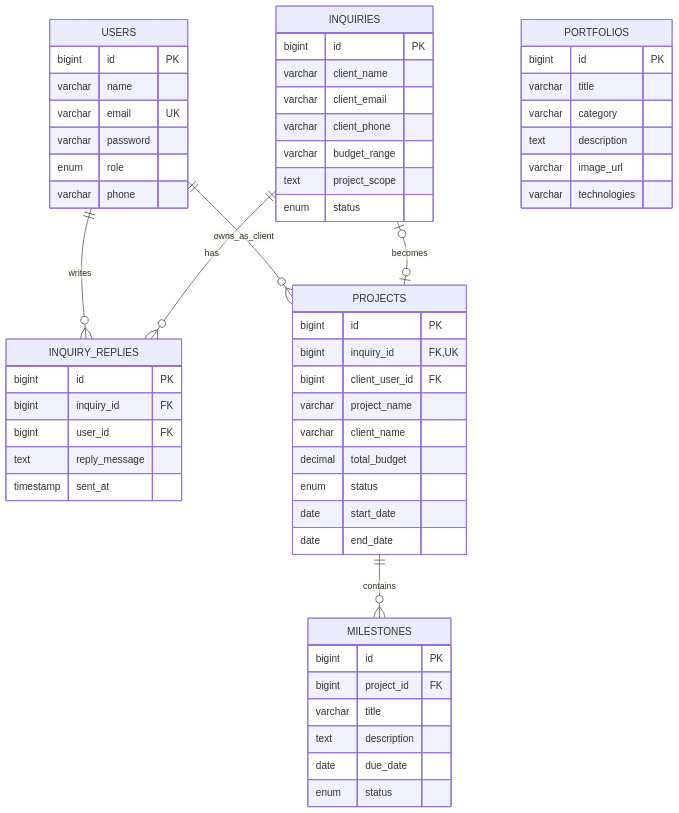
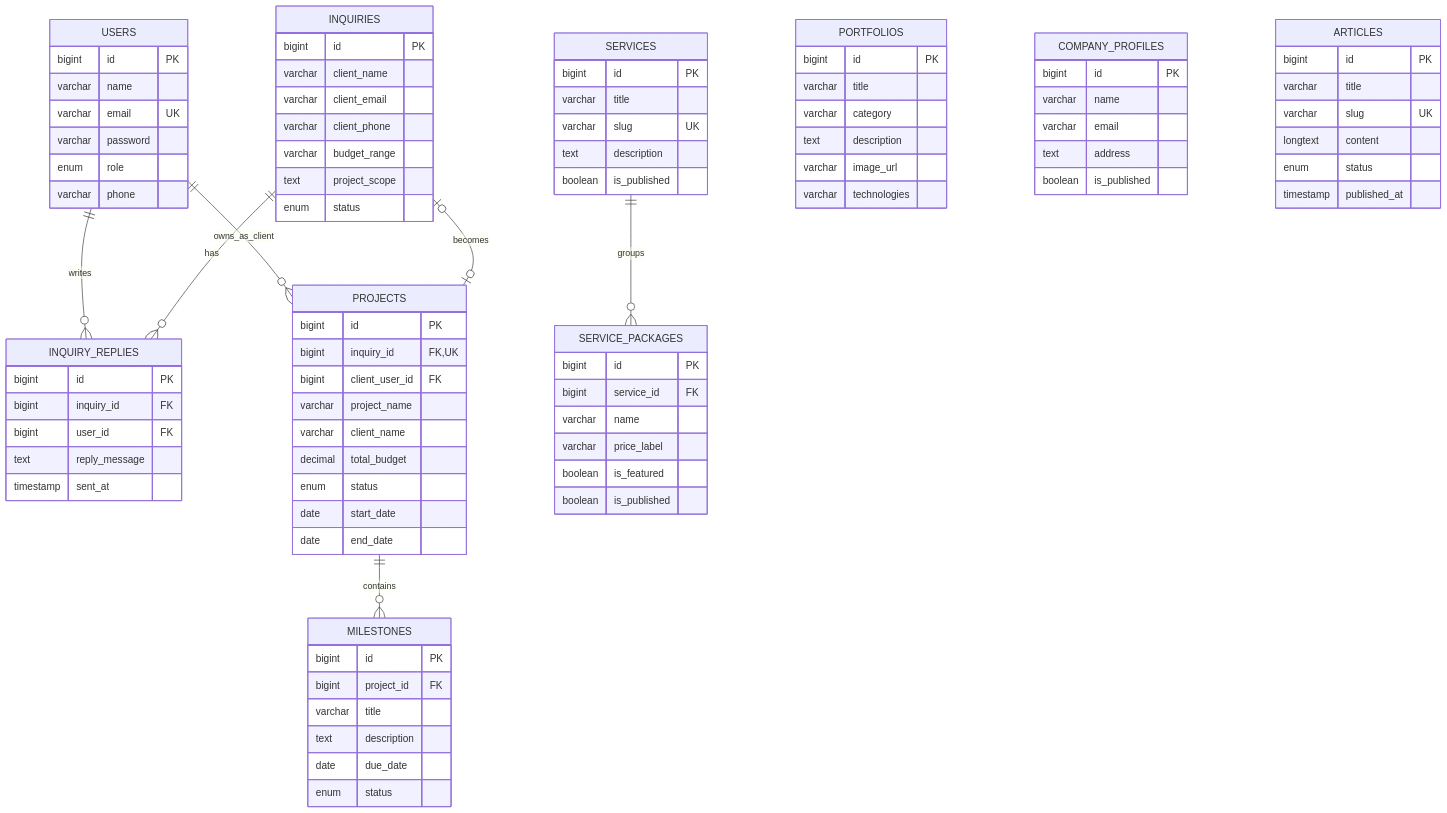
Before and after one commit to phannaphat2006/montopia: the diagram in docs/SYSTEM-ARCHITECTURE.md, drawn with Mermaid. The commit also changed other lines of this file and 26 other files, not shown here.

````diff
--- a/docs/SYSTEM-ARCHITECTURE.md
+++ b/docs/SYSTEM-ARCHITECTURE.md
@@ -42,6 +42,7 @@
     INQUIRIES ||--o{ INQUIRY_REPLIES : has
     INQUIRIES o|--o| PROJECTS : becomes
     PROJECTS ||--o{ MILESTONES : contains
+    SERVICES ||--o{ SERVICE_PACKAGES : groups
 
     USERS {
         bigint id PK
@@ -94,4 +95,34 @@
         date due_date
         enum status
     }
+    COMPANY_PROFILES {
+        bigint id PK
+        varchar name
+        varchar email
+        text address
+        boolean is_published
+    }
+    SERVICES {
+        bigint id PK
+        varchar title
+        varchar slug UK
+        text description
+        boolean is_published
+    }
+    SERVICE_PACKAGES {
+        bigint id PK
+        bigint service_id FK
+        varchar name
+        varchar price_label
+        boolean is_featured
+        boolean is_published
+    }
+    ARTICLES {
+        bigint id PK
+        varchar title
+        varchar slug UK
+        longtext content
+        enum status
+        timestamp published_at
+    }
 ```
````
